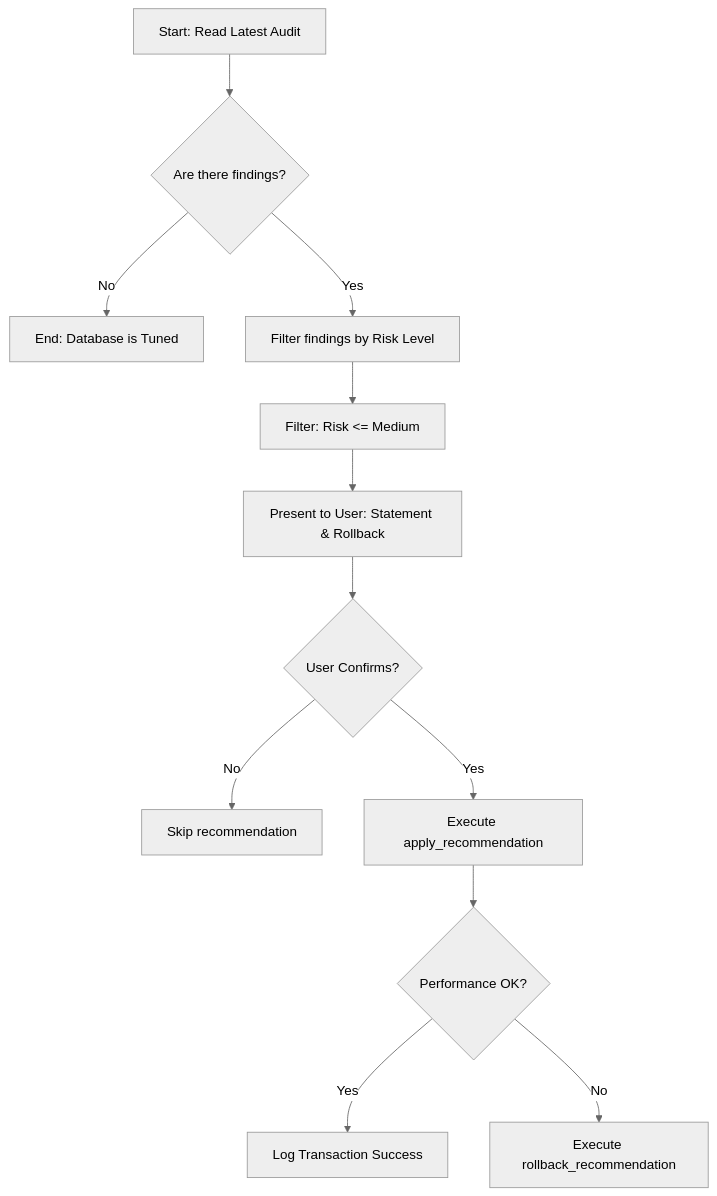
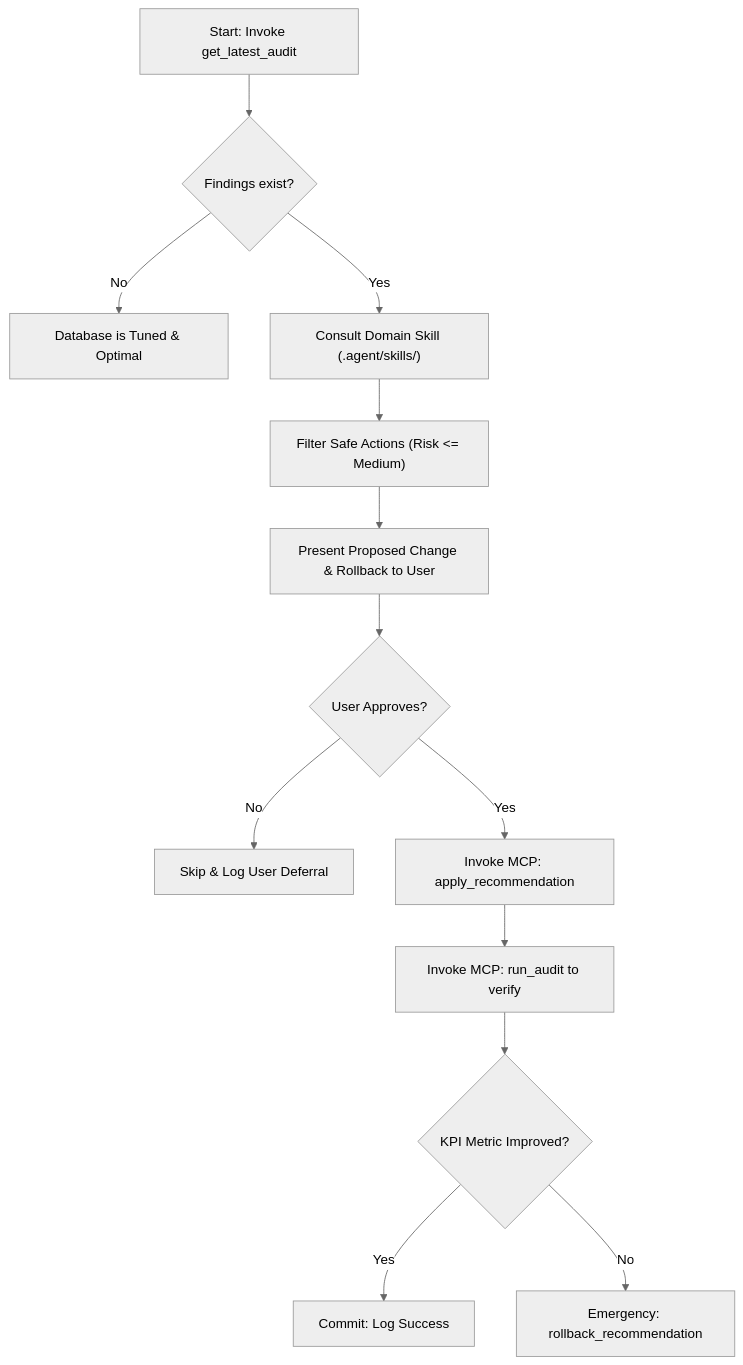
Before and after one commit to major/MySQLTuner-perl: the second of 2 diagrams in AGENT.md, drawn with Mermaid (neutral theme). The commit also changed other lines of this file and 15 other files, not shown here.

````diff
--- a/AGENT.md
+++ b/AGENT.md
@@ -132,14 +306,15 @@
 ```mermaid
 graph TD
-    A["Start: Read Latest Audit"] --> B{"Are there findings?"}
-    B -- No --> C["End: Database is Tuned"]
-    B -- Yes --> D["Filter findings by Risk Level"]
-    D --> E["Filter: Risk <= Medium"]
-    E --> F["Present to User: Statement & Rollback"]
-    F --> G{"User Confirms?"}
-    G -- No --> H["Skip recommendation"]
-    G -- Yes --> I["Execute apply_recommendation"]
-    I --> J{"Performance OK?"}
-    J -- Yes --> K["Log Transaction Success"]
-    J -- No --> L["Execute rollback_recommendation"]
+    A["Start: Invoke get_latest_audit"] --> B{"Findings exist?"}
+    B -- No --> C["Database is Tuned & Optimal"]
+    B -- Yes --> D["Consult Domain Skill (.agent/skills/)"]
+    D --> E["Filter Safe Actions (Risk <= Medium)"]
+    E --> F["Present Proposed Change & Rollback to User"]
+    F --> G{"User Approves?"}
+    G -- No --> H["Skip & Log User Deferral"]
+    G -- Yes --> I["Invoke MCP: apply_recommendation"]
+    I --> J["Invoke MCP: run_audit to verify"]
+    J --> K{"KPI Metric Improved?"}
+    K -- Yes --> L["Commit: Log Success"]
+    K -- No --> M["Emergency: rollback_recommendation"]
 ```
````
